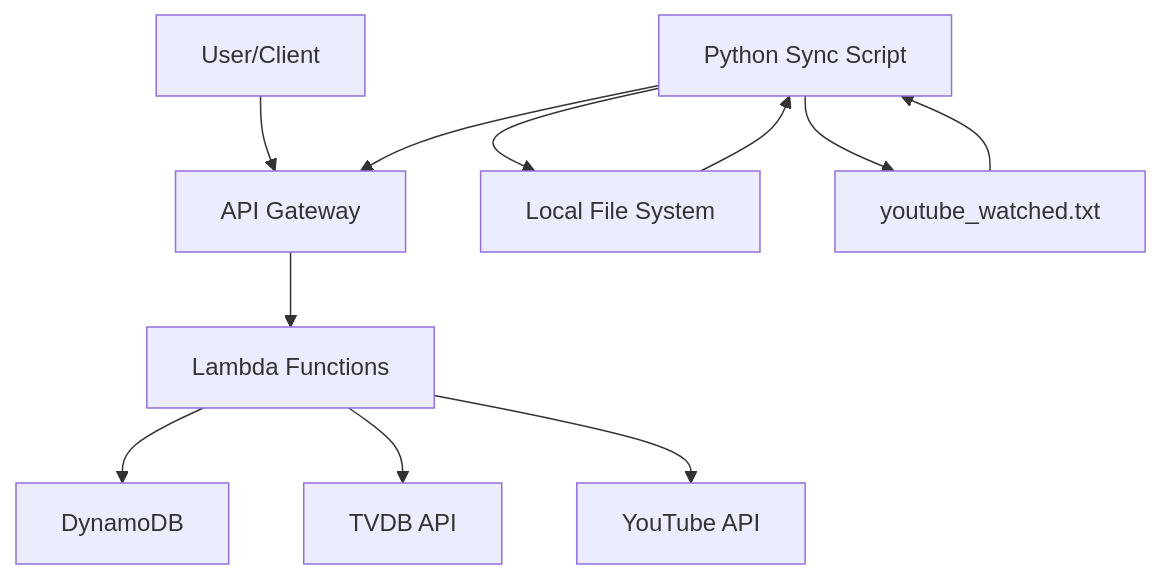
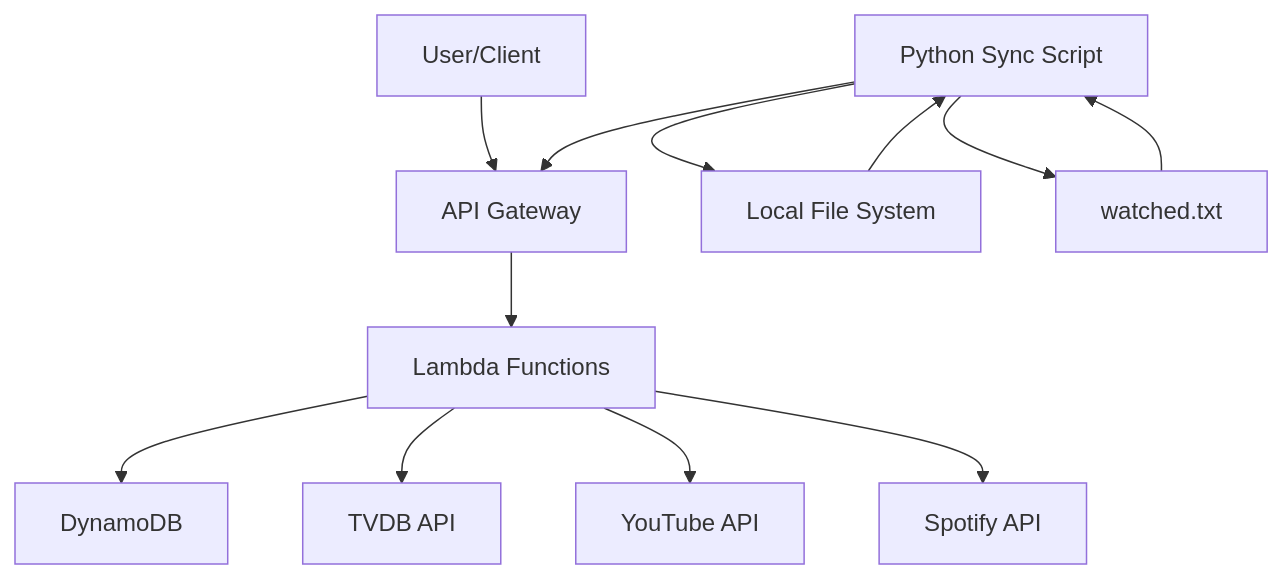
The diagram in immersion_tracker_api/README.md (jordansimsmith/jordansimsmith-com), drawn with Mermaid before and after one commit. The commit also changed other lines of this file and 16 other files, not shown here.

````diff
--- a/immersion_tracker_api/README.md
+++ b/immersion_tracker_api/README.md
@@ -7,13 +7,14 @@
 ```mermaid
 graph TD
   A[User/Client] --> B[API Gateway]
   B --> C[Lambda Functions]
   C --> D[DynamoDB]
   C --> E[TVDB API]
   C --> H[YouTube API]
+  C --> J[Spotify API]
   F[Python Sync Script] --> B
   F --> G[Local File System]
-  F --> I[youtube_watched.txt]
+  F --> I[watched.txt]
   G --> F
   I --> F
 ```
````
